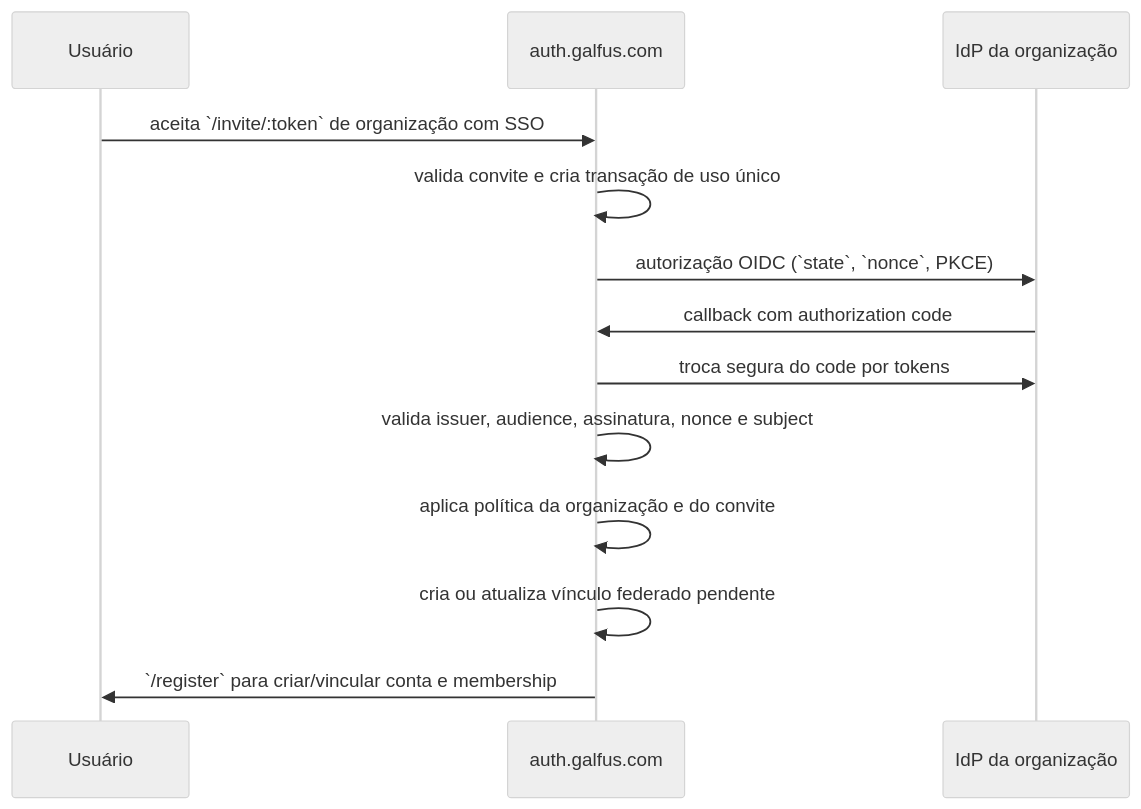
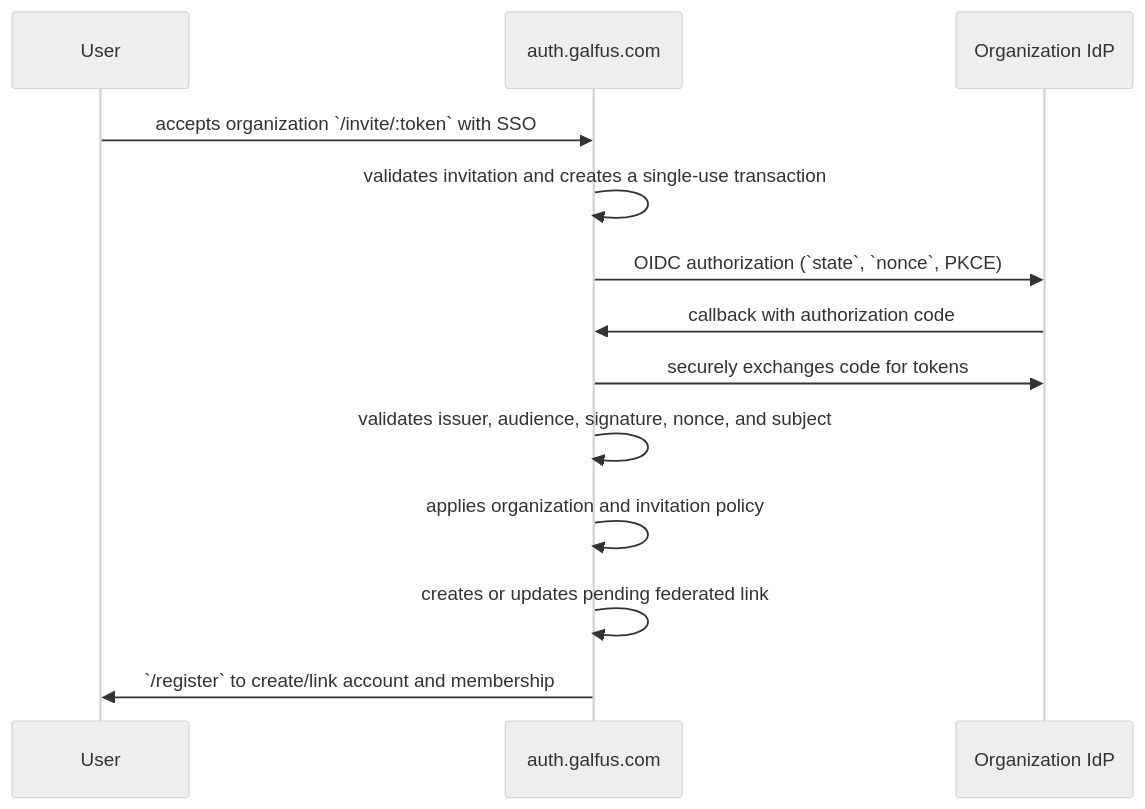
One commit to galfus-lang/galfus-site changed the second of 2 diagrams in docs/authentication-flow.md. Above: the diagram before and after it, drawn with Mermaid (neutral theme). The commit also changed other lines of this file and 1 other file, not shown here.

````diff
--- a/docs/authentication-flow.md
+++ b/docs/authentication-flow.md
@@ -249,16 +290,16 @@
 ```mermaid
 sequenceDiagram
-  participant U as Usuário
+  participant U as User
   participant A as auth.galfus.com
-  participant I as IdP da organização
+  participant I as Organization IdP
 
-  U->>A: aceita `/invite/:token` de organização com SSO
-  A->>A: valida convite e cria transação de uso único
-  A->>I: autorização OIDC (`state`, `nonce`, PKCE)
-  I->>A: callback com authorization code
-  A->>I: troca segura do code por tokens
-  A->>A: valida issuer, audience, assinatura, nonce e subject
-  A->>A: aplica política da organização e do convite
-  A->>A: cria ou atualiza vínculo federado pendente
-  A->>U: `/register` para criar/vincular conta e membership
+  U->>A: accepts organization `/invite/:token` with SSO
+  A->>A: validates invitation and creates a single-use transaction
+  A->>I: OIDC authorization (`state`, `nonce`, PKCE)
+  I->>A: callback with authorization code
+  A->>I: securely exchanges code for tokens
+  A->>A: validates issuer, audience, signature, nonce, and subject
+  A->>A: applies organization and invitation policy
+  A->>A: creates or updates pending federated link
+  A->>U: `/register` to create/link account and membership
 ```
````
